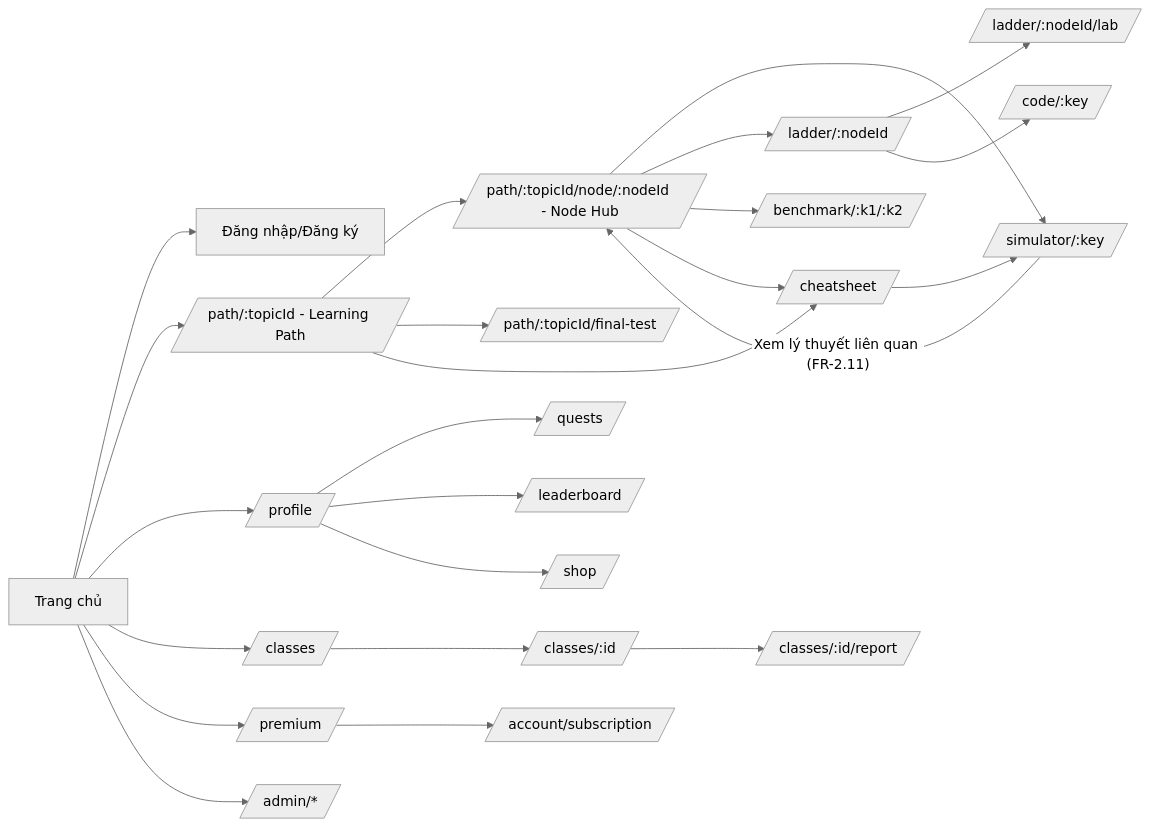
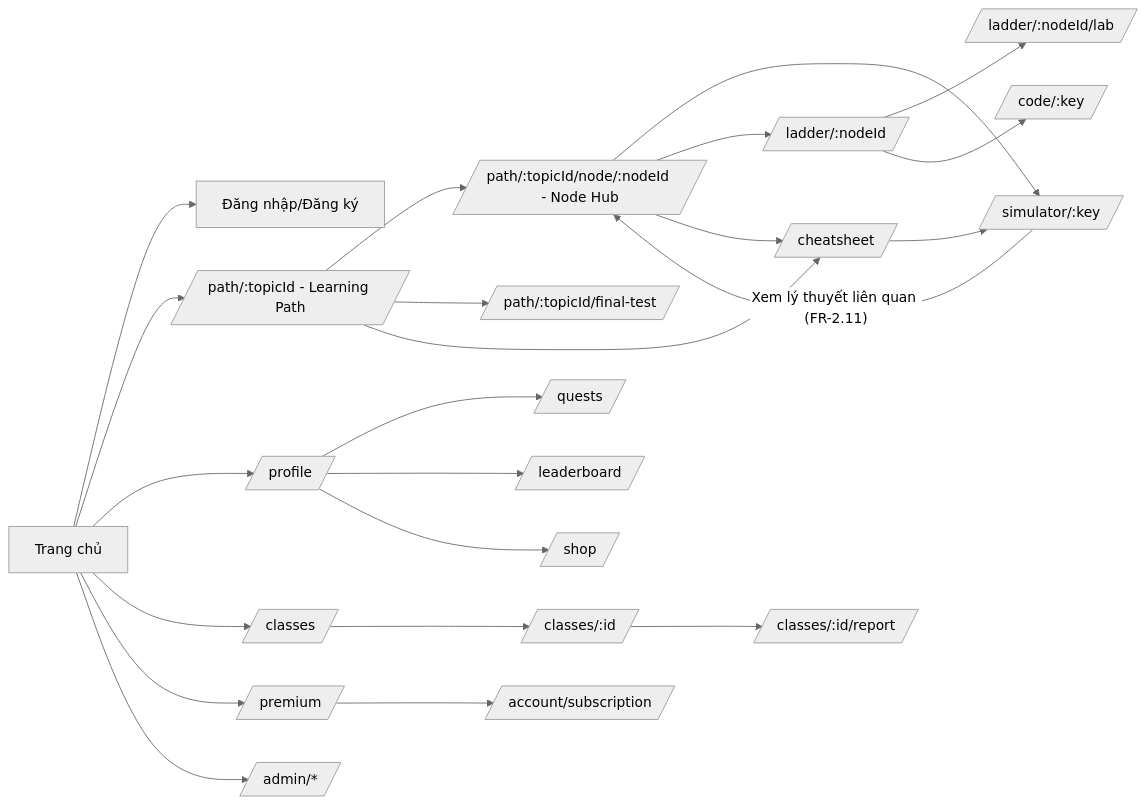
One commit to Tqson3118/Visualization changed the second of 7 diagrams in tailieu/parts/03-phan4.md. Above: the diagram before and after it, drawn with Mermaid (neutral theme). The commit also changed other lines of this file and 19 other files, not shown here.

````diff
--- a/tailieu/parts/03-phan4.md
+++ b/tailieu/parts/03-phan4.md
@@ -52,26 +52,25 @@
 ```mermaid
 graph LR
     LANDING[Trang chủ] --> AUTH[Đăng nhập/Đăng ký]
     LANDING --> PATH[/path/:topicId - Learning Path/]
     PATH --> NODE[/path/:topicId/node/:nodeId - Node Hub/]
     NODE --> SIM[/simulator/:key/]
     NODE --> LADDER[/ladder/:nodeId/]
     LADDER --> LAB[/ladder/:nodeId/lab/]
     LADDER --> CODE[/code/:key/]
-    NODE --> BENCH[/benchmark/:k1/:k2/]
     PATH --> FINAL[/path/:topicId/final-test/]
     PATH --> CHEAT[/cheatsheet/]
     CHEAT --> SIM
     NODE --> CHEAT
     SIM -->|"Xem lý thuyết liên quan (FR-2.11)"| NODE
     LANDING --> PROFILE[/profile/]
     PROFILE --> QUESTS[/quests/]
     PROFILE --> LEADER[/leaderboard/]
     PROFILE --> SHOP[/shop/]
     LANDING --> CLASSES[/classes/]
     CLASSES --> CLASSDETAIL[/classes/:id/]
     CLASSDETAIL --> CLASSREPORT[/classes/:id/report/]
     LANDING --> PREMIUM[/premium/]
     PREMIUM --> SUB[/account/subscription/]
     LANDING --> ADMIN[/admin/*/]
 ```
````
